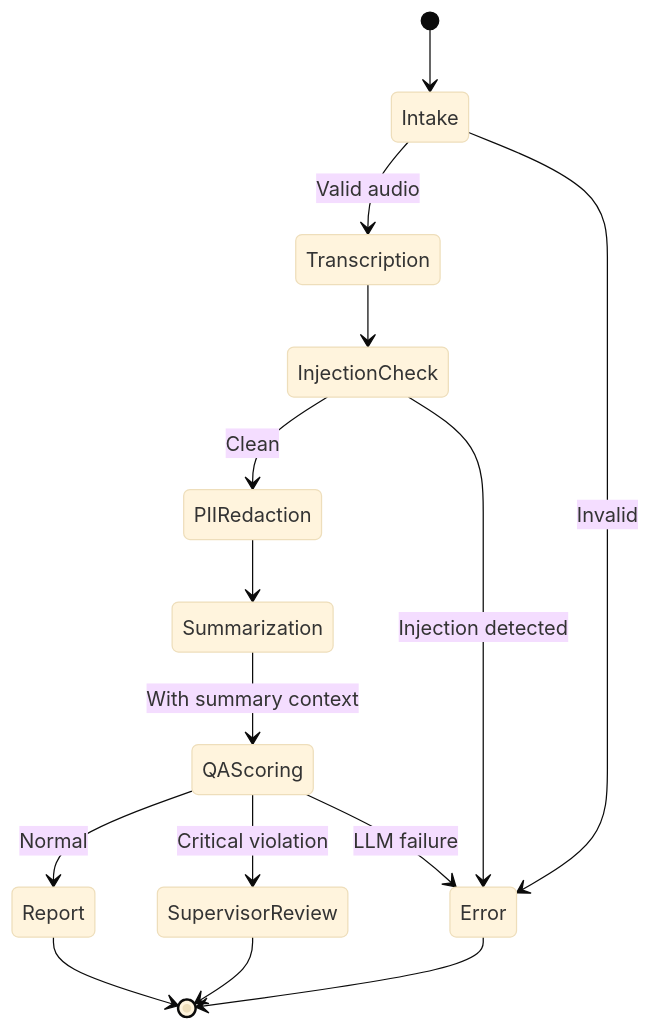
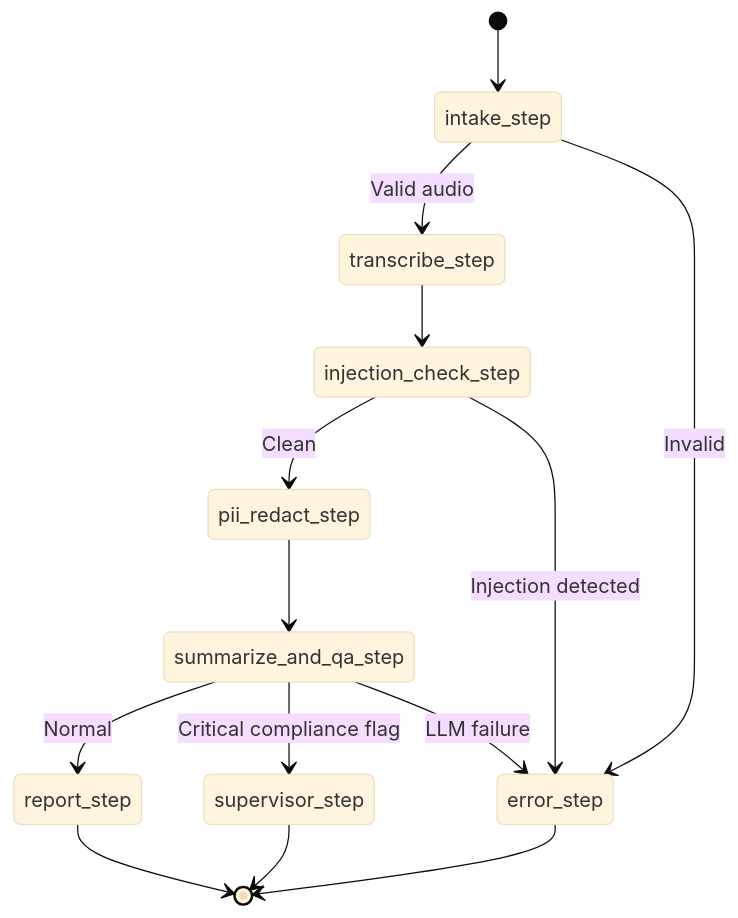
Before and after one commit to ANI-IN/Call-Center-Intelligence-System: the third of 7 diagrams in README.md, drawn with Mermaid (base theme). The commit also changed other lines of this file, not shown here.

````diff
--- a/README.md
+++ b/README.md
@@ -125,17 +120,16 @@
 ```mermaid
 stateDiagram-v2
-    [*] --> Intake
-    Intake --> Transcription : Valid audio
-    Intake --> Error : Invalid
-    Transcription --> InjectionCheck
-    InjectionCheck --> PIIRedaction : Clean
-    InjectionCheck --> Error : Injection detected
-    PIIRedaction --> Summarization
-    Summarization --> QAScoring : With summary context
-    QAScoring --> Report : Normal
-    QAScoring --> SupervisorReview : Critical violation
-    QAScoring --> Error : LLM failure
-    Report --> [*]
-    SupervisorReview --> [*]
-    Error --> [*]
+    [*] --> intake_step
+    intake_step --> transcribe_step : Valid audio
+    intake_step --> error_step : Invalid
+    transcribe_step --> injection_check_step
+    injection_check_step --> pii_redact_step : Clean
+    injection_check_step --> error_step : Injection detected
+    pii_redact_step --> summarize_and_qa_step
+    summarize_and_qa_step --> report_step : Normal
+    summarize_and_qa_step --> supervisor_step : Critical compliance flag
+    summarize_and_qa_step --> error_step : LLM failure
+    report_step --> [*]
+    supervisor_step --> [*]
+    error_step --> [*]
 ```
````
